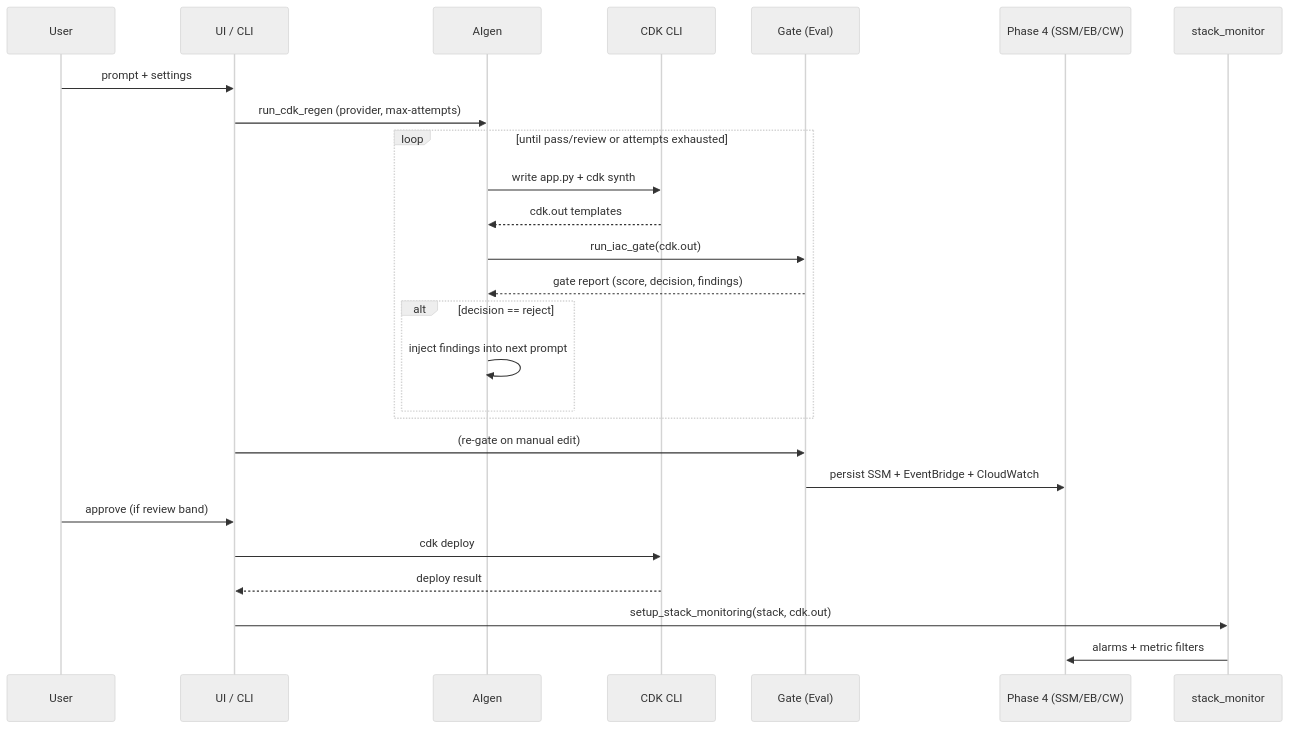
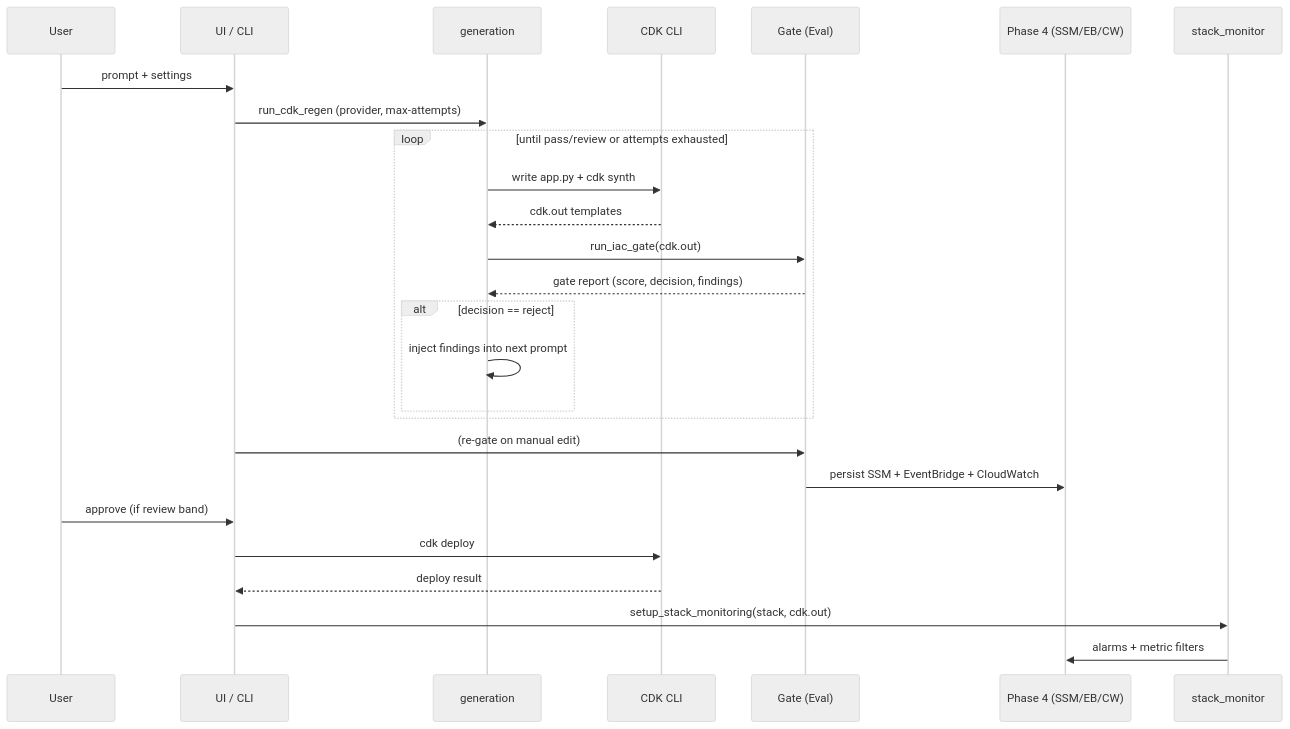
The third of 4 diagrams in THESIS_REPORT.md (JAWilliam1599/Thesis), drawn with Mermaid (neutral theme) before and after one commit. The commit also changed other lines of this file and 182 other files, not shown here.

````diff
--- a/THESIS_REPORT.md
+++ b/THESIS_REPORT.md
@@ -209,29 +209,29 @@
 ```mermaid
 sequenceDiagram
     participant U as User
     participant UI as UI / CLI
-    participant G as AIgen
+    participant G as generation
     participant C as CDK CLI
     participant E as Gate (Eval)
     participant O as Phase 4 (SSM/EB/CW)
     participant M as stack_monitor
 
     U->>UI: prompt + settings
     UI->>G: run_cdk_regen (provider, max-attempts)
     loop until pass/review or attempts exhausted
         G->>C: write app.py + cdk synth
         C-->>G: cdk.out templates
         G->>E: run_iac_gate(cdk.out)
         E-->>G: gate report (score, decision, findings)
         alt decision == reject
             G->>G: inject findings into next prompt
         end
     end
     UI->>E: (re-gate on manual edit)
     E->>O: persist SSM + EventBridge + CloudWatch
     U->>UI: approve (if review band)
     UI->>C: cdk deploy
     C-->>UI: deploy result
     UI->>M: setup_stack_monitoring(stack, cdk.out)
     M->>O: alarms + metric filters
 ```
````
